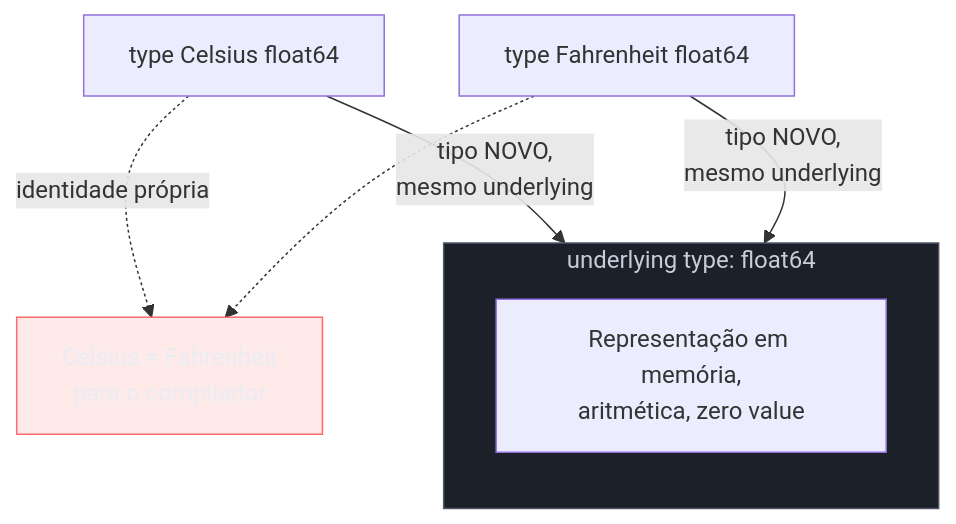
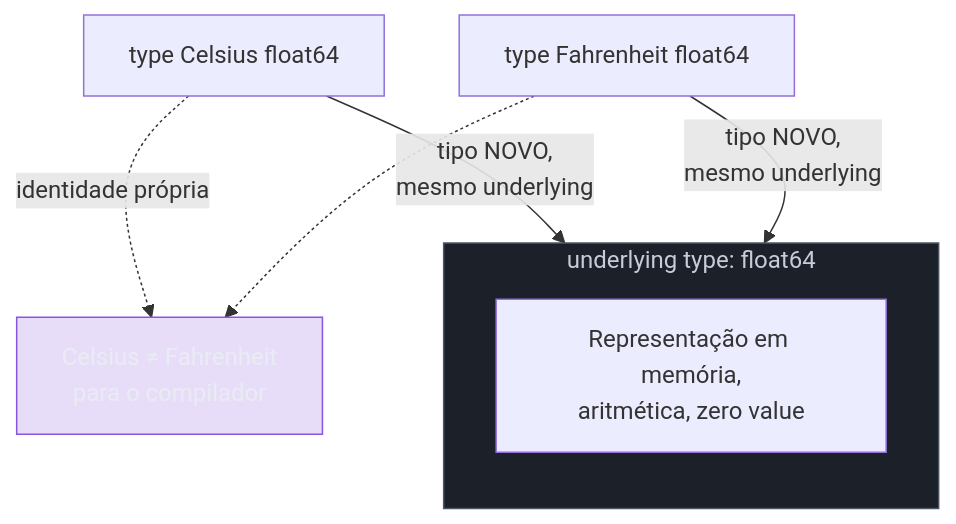
Before and after one commit to josenaldo/codex-technomanticus: the first of 2 diagrams in 03-Dominios/Tecnologia/Go/02 - Tipos, structs e métodos/02 - Tipos nomeados e definições de tipo.md, drawn with Mermaid. The commit also changed other lines of this file and 601 other files, not shown here.

````diff
--- a/03-Dominios/Tecnologia/Go/02 - Tipos, structs e métodos/02 - Tipos nomeados e definições de tipo.md
+++ b/03-Dominios/Tecnologia/Go/02 - Tipos, structs e métodos/02 - Tipos nomeados e definições de tipo.md
@@ -54,18 +54,18 @@
 ```mermaid
 flowchart TB
+    classDef marca fill:#8855DF33,stroke:#8855DF,color:#E9ECF2
     classDef neutro fill:#1B2029,stroke:#4E5666,color:#C6CCD8
-    classDef falha fill:#FF6B6B24,stroke:#FF6B6B,color:#E9ECF2
     subgraph UT["underlying type: float64"]
         direction TB
         F["Representação em memória,\naritmética, zero value"]
     end
 
     C["type Celsius float64"] -->|"tipo NOVO,\nmesmo underlying"| UT
     Fa["type Fahrenheit float64"] -->|"tipo NOVO,\nmesmo underlying"| UT
 
     C -.->|"identidade própria"| CID["Celsius ≠ Fahrenheit\npara o compilador"]
     Fa -.-> CID
 
     class UT neutro
-    class CID falha
+    class CID marca
 ```
````
